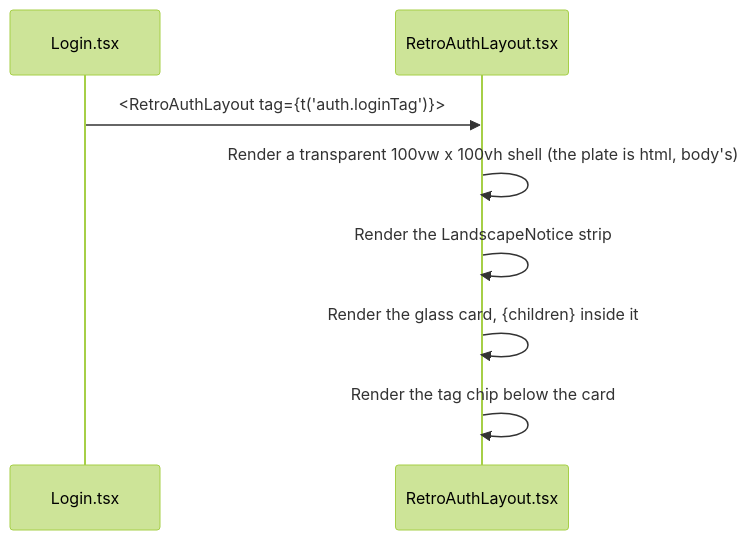
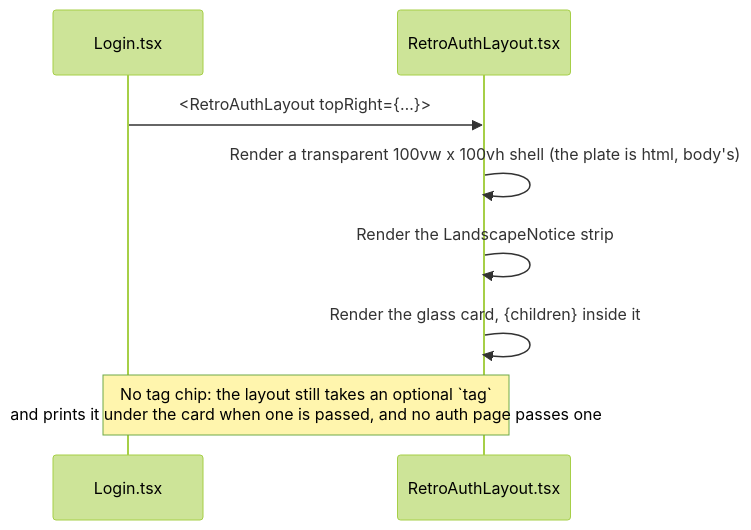
Before and after one commit to IrmaJoKerr/ft_transcendence-ludo: the first of 4 diagrams in docs/frontend/frontend-components-system.md, drawn with Mermaid (forest theme). The commit also changed other lines of this file and 92 other files, not shown here.

First line of the commit message:
feat(stats,clash,ui): the career totals and every match row now count what the arena shows — three-six forfeits, clashes split by role and outcome, no podiums — a clash card is 2.7 s, hotseat keeps its own 5 s window, and the squads page and shared rules modal leave Game.tsx

````diff
--- a/docs/frontend/frontend-components-system.md
+++ b/docs/frontend/frontend-components-system.md
@@ -163,11 +164,11 @@
 ```mermaid
 sequenceDiagram
     participant Login as Login.tsx
     participant RetroAuthLayout as RetroAuthLayout.tsx
 
-    Login->>RetroAuthLayout: <RetroAuthLayout tag={t('auth.loginTag')}>
+    Login->>RetroAuthLayout: <RetroAuthLayout topRight={…}>
     RetroAuthLayout->>RetroAuthLayout: Render a transparent 100vw x 100vh shell (the plate is html, body's)
     RetroAuthLayout->>RetroAuthLayout: Render the LandscapeNotice strip
     RetroAuthLayout->>RetroAuthLayout: Render the glass card, {children} inside it
-    RetroAuthLayout->>RetroAuthLayout: Render the tag chip below the card
+    Note over Login,RetroAuthLayout: No tag chip: the layout still takes an optional `tag`<br/>and prints it under the card when one is passed, and no auth page passes one
 ```
````
